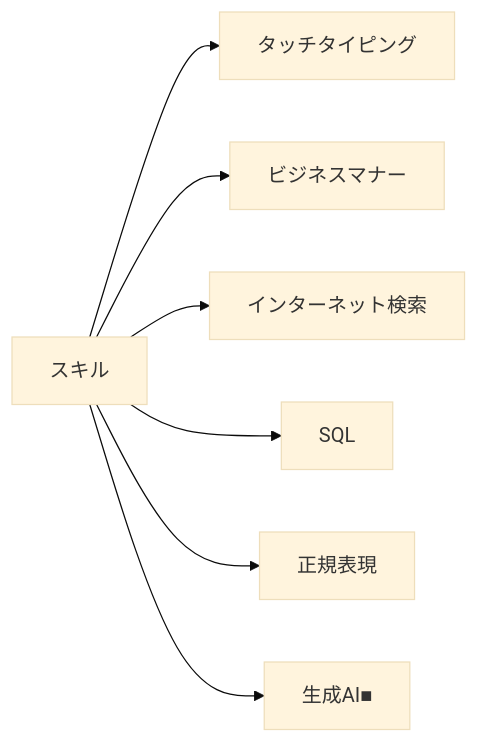
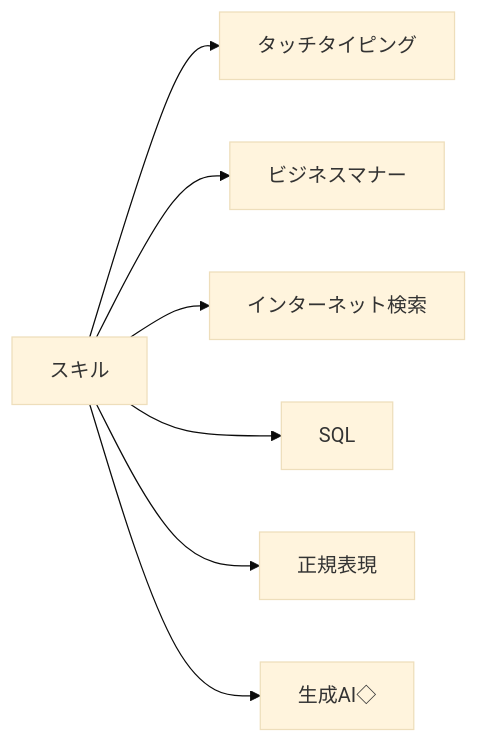
Before and after one commit to SparklingDetergent/doc_genai_Using_Generative_AI_with_Mac_Mini_-Introduction-: the first of 14 diagrams in README.md, drawn with Mermaid (base theme). The commit also changed other lines of this file, not shown here.

````diff
--- a/README.md
+++ b/README.md
@@ -72,9 +72,9 @@
 ```mermaid
 graph LR
     A[スキル] --> F[タッチタイピング]
     A --> G[ビジネスマナー]
     A --> B[インターネット検索]
     A --> C[SQL]
     A --> D[正規表現]
-    A --> E[生成AI■]
+    A --> E[生成AI◇]
 ```
````
